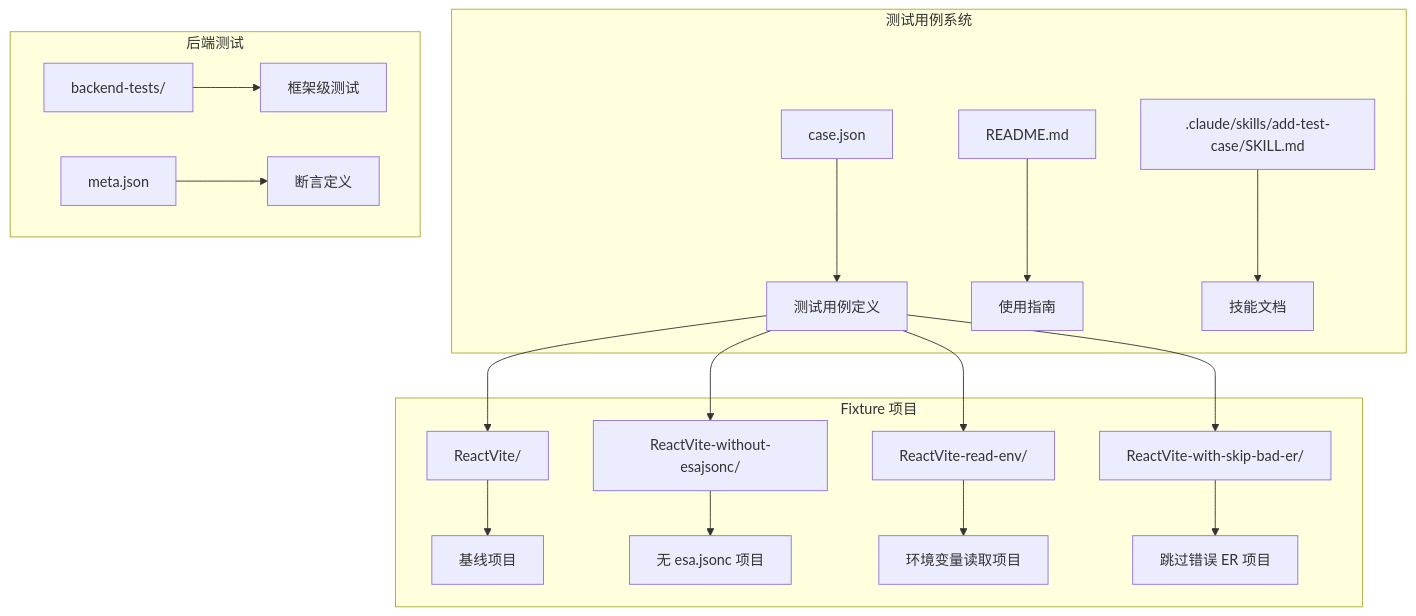
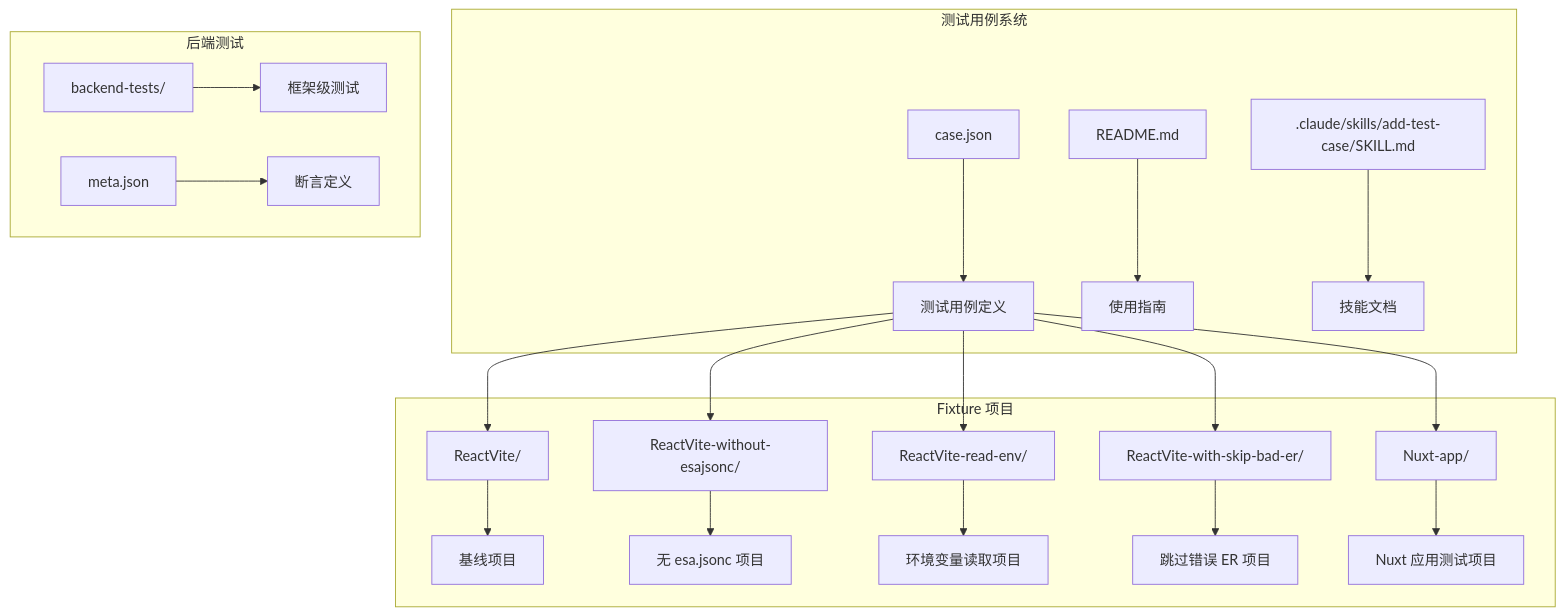
Before and after one commit to esa-sp/test-for-aone-ci: the first of 7 diagrams in .qoder/repowiki/zh/content/测试用例系统/测试用例系统.md, drawn with Mermaid. The commit also changed other lines of this file and 5 other files, not shown here.

````diff
--- a/.qoder/repowiki/zh/content/测试用例系统/测试用例系统.md
+++ b/.qoder/repowiki/zh/content/测试用例系统/测试用例系统.md
@@ -43,22 +56,24 @@
 ```mermaid
 graph TB
 subgraph "测试用例系统"
 A[case.json] --> B[测试用例定义]
 C[README.md] --> D[使用指南]
 E[.claude/skills/add-test-case/SKILL.md] --> F[技能文档]
 end
 subgraph "Fixture 项目"
 G[ReactVite/] --> H[基线项目]
 I[ReactVite-without-esajsonc/] --> J[无 esa.jsonc 项目]
 K[ReactVite-read-env/] --> L[环境变量读取项目]
 M[ReactVite-with-skip-bad-er/] --> N[跳过错误 ER 项目]
+O[Nuxt-app/] --> P[Nuxt 应用测试项目]
 end
 subgraph "后端测试"
-O[backend-tests/] --> P[框架级测试]
-Q[meta.json] --> R[断言定义]
+Q[backend-tests/] --> R[框架级测试]
+S[meta.json] --> T[断言定义]
 end
 B --> G
 B --> I
 B --> K
 B --> M
+B --> O
 ```
````
